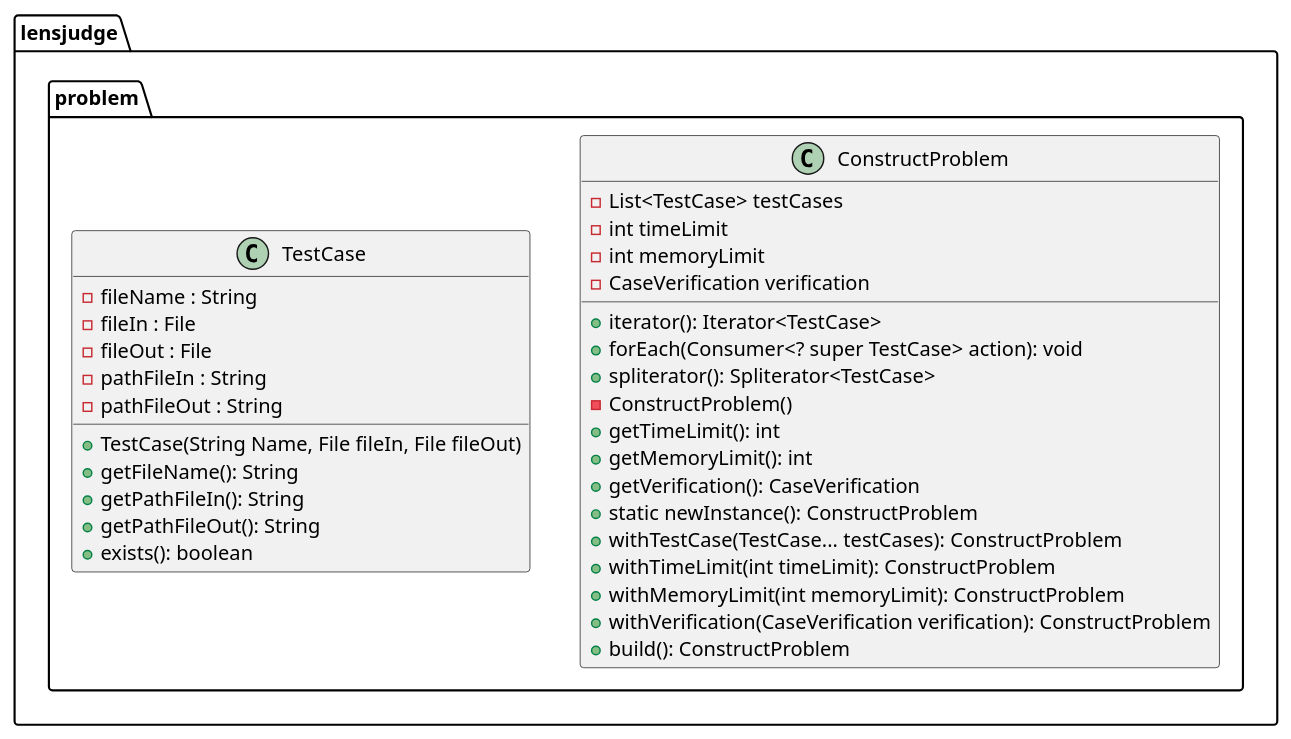
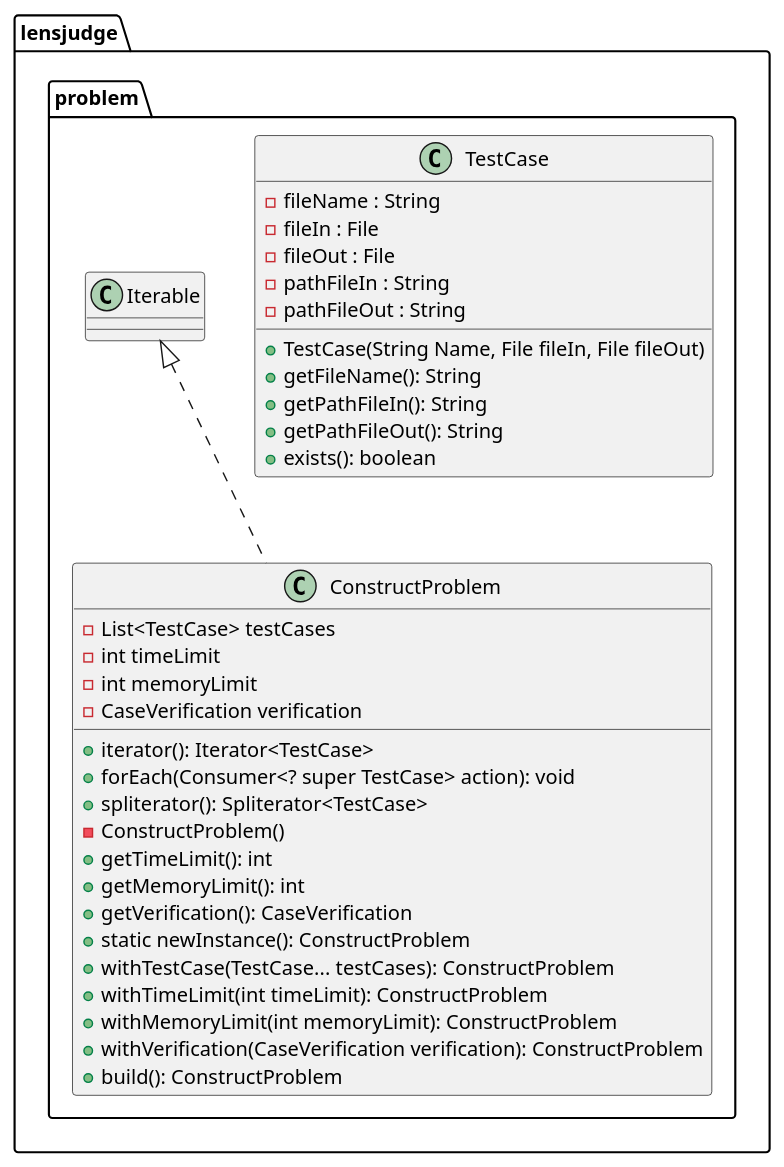
The diagram in app/src/main/java/lensjudge/problem/problem.puml (SimonCail/LensJudge), drawn with PlantUML before and after one commit. The commit also changed 24 other files, not shown here.

Commit message:
Fixes #60 - Creation d'un diagramme PUML

```diff
--- a/app/src/main/java/lensjudge/problem/problem.puml
+++ b/app/src/main/java/lensjudge/problem/problem.puml
@@ -1,39 +1,38 @@
 @startuml
 package lensjudge.problem {
     class ConstructProblem {
         - List<TestCase> testCases
         - int timeLimit
         - int memoryLimit
         - CaseVerification verification
         + iterator(): Iterator<TestCase>
         + forEach(Consumer<? super TestCase> action): void
         + spliterator(): Spliterator<TestCase>
         - ConstructProblem()
         + getTimeLimit(): int
         + getMemoryLimit(): int
         + getVerification(): CaseVerification
         + static newInstance(): ConstructProblem
         + withTestCase(TestCase... testCases): ConstructProblem
         + withTimeLimit(int timeLimit): ConstructProblem
         + withMemoryLimit(int memoryLimit): ConstructProblem
         + withVerification(CaseVerification verification): ConstructProblem
         + build(): ConstructProblem
     }
 
     class TestCase {
         - fileName : String
         - fileIn : File
         - fileOut : File
         - pathFileIn : String
         - pathFileOut : String
         + TestCase(String Name, File fileIn, File fileOut)
         + getFileName(): String
         + getPathFileIn(): String
         + getPathFileOut(): String
         + exists(): boolean
     }
 
-
-
+    Iterable<|.. ConstructProblem
 }
 @enduml
```
